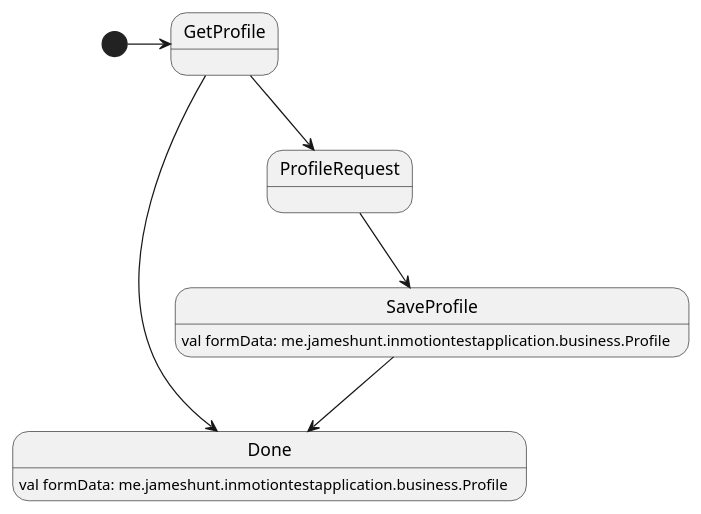
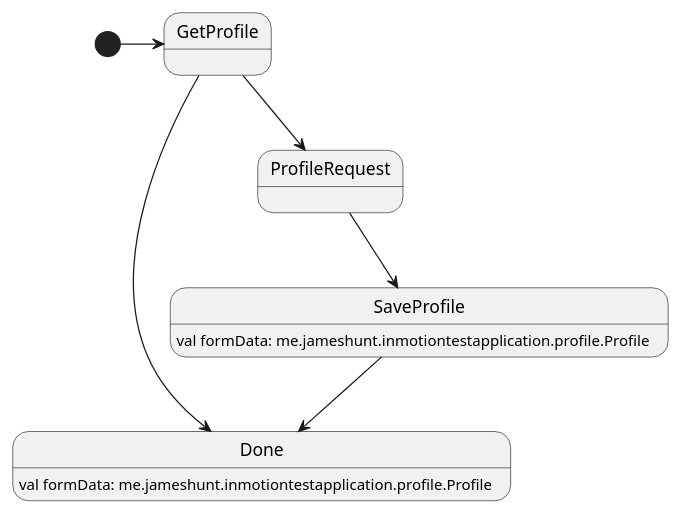
One commit to huntj88/FlowSampleApp changed the diagram in app/src/main/java/me/jameshunt/inmotiontestapplication/profile/Profile.puml. Above: the diagram before and after it, drawn with PlantUML. The commit also changed 13 other files, not shown here.

```diff
--- a/app/src/main/java/me/jameshunt/inmotiontestapplication/profile/Profile.puml
+++ b/app/src/main/java/me/jameshunt/inmotiontestapplication/profile/Profile.puml
@@ -1,13 +1,13 @@
 @startuml
 
-SaveProfile : val formData: me.jameshunt.inmotiontestapplication.business.Profile
+SaveProfile : val formData: me.jameshunt.inmotiontestapplication.profile.Profile
 
-Done : val formData: me.jameshunt.inmotiontestapplication.business.Profile
+Done : val formData: me.jameshunt.inmotiontestapplication.profile.Profile
 
 [*] -> GetProfile
 GetProfile --> ProfileRequest
 ProfileRequest --> SaveProfile
 SaveProfile --> Done
 GetProfile --> Done
 
 @enduml
```
